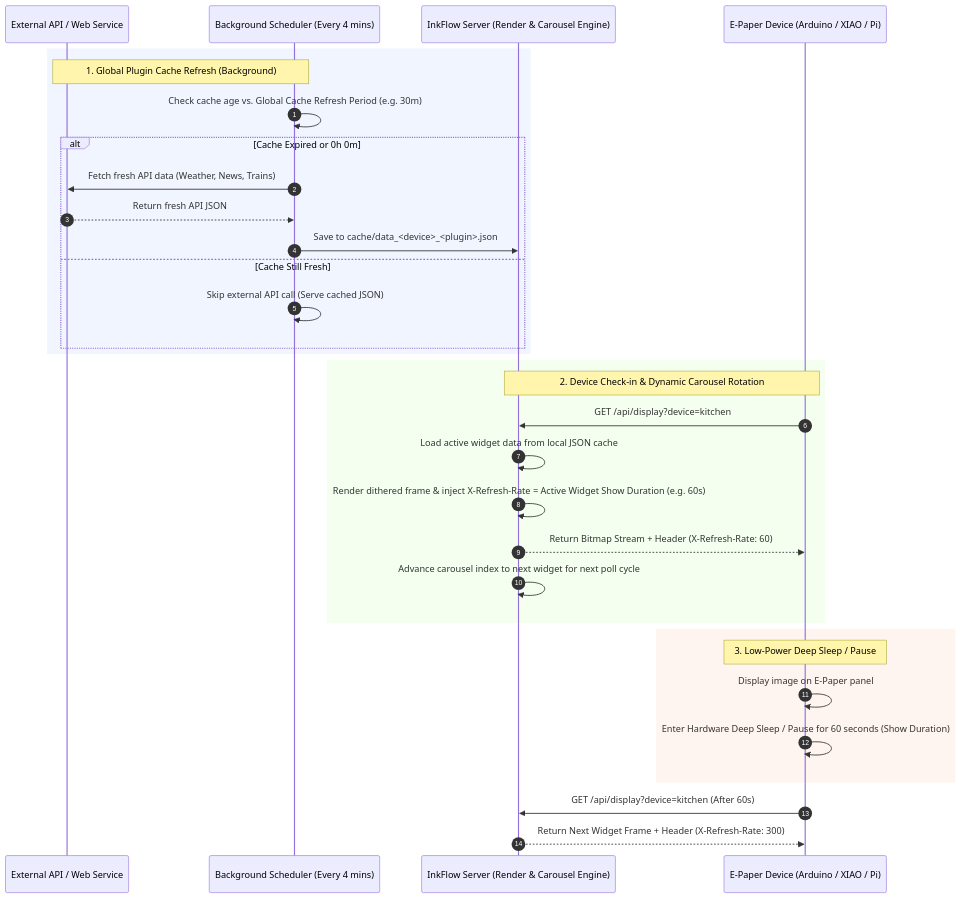
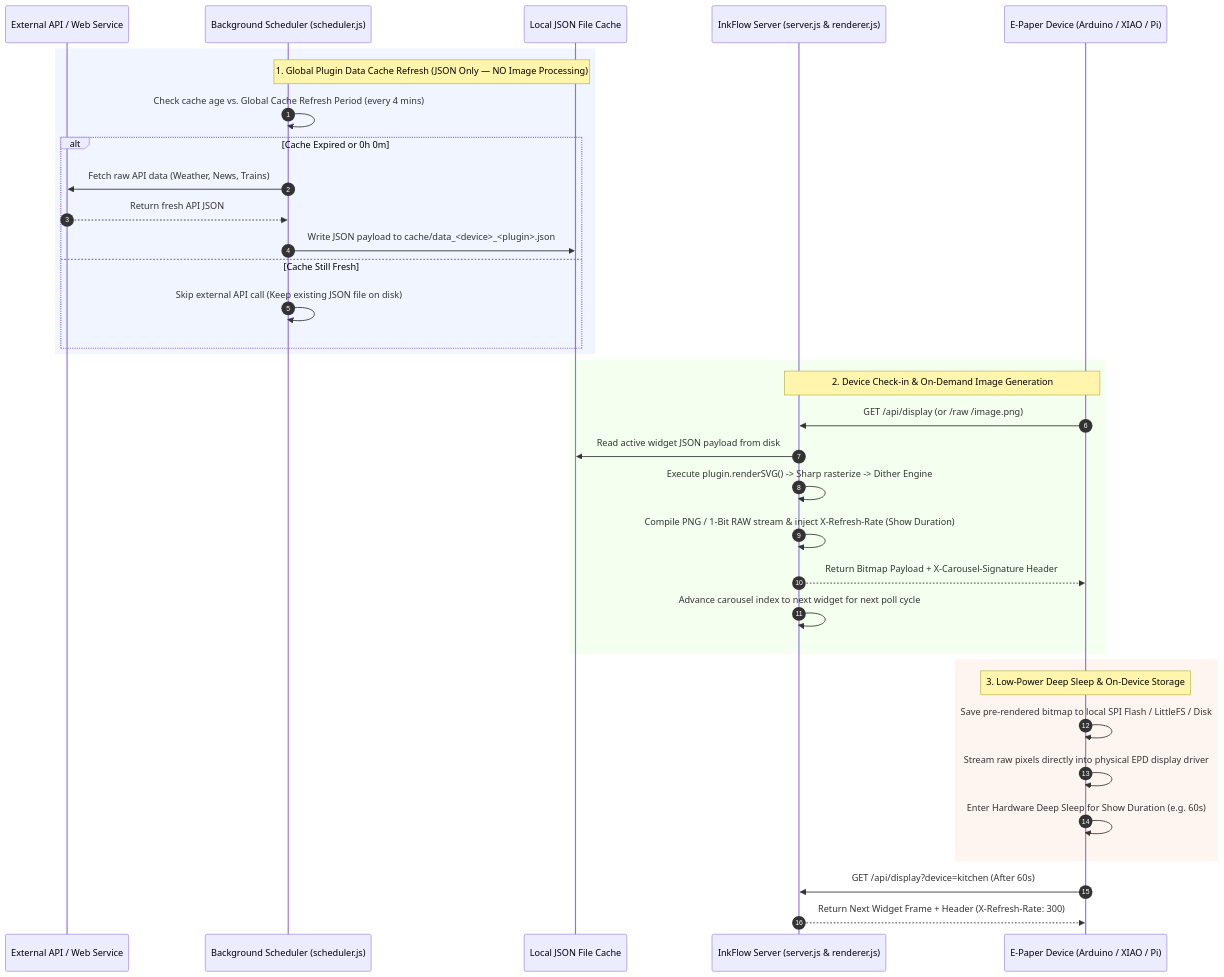
One commit to DerrickJEvans/inkflow-eink changed the second of 3 diagrams in README.md. Above: the diagram before and after it, drawn with Mermaid. The commit also changed other lines of this file, not shown here.

Commit message:
docs: clarify server vs client image rendering timing and cache lifecycle

````diff
--- a/README.md
+++ b/README.md
@@ -503,38 +505,41 @@
 ```mermaid
 sequenceDiagram
     autonumber
     participant App as External API / Web Service
-    participant Sched as Background Scheduler (Every 4 mins)
-    participant Server as InkFlow Server (Render & Carousel Engine)
+    participant Sched as Background Scheduler (scheduler.js)
+    participant Disk as Local JSON File Cache
+    participant Server as InkFlow Server (server.js & renderer.js)
     participant Client as E-Paper Device (Arduino / XIAO / Pi)
 
     rect rgb(240, 245, 255)
-        note over Sched,App: 1. Global Plugin Cache Refresh (Background)
-        Sched->>Sched: Check cache age vs. Global Cache Refresh Period (e.g. 30m)
+        note over Sched,Disk: 1. Global Plugin Data Cache Refresh (JSON Only — NO Image Processing)
+        Sched->>Sched: Check cache age vs. Global Cache Refresh Period (every 4 mins)
         alt Cache Expired or 0h 0m
-            Sched->>App: Fetch fresh API data (Weather, News, Trains)
+            Sched->>App: Fetch raw API data (Weather, News, Trains)
             App-->>Sched: Return fresh API JSON
-            Sched->>Server: Save to cache/data_<device>_<plugin>.json
+            Sched->>Disk: Write JSON payload to cache/data_<device>_<plugin>.json
         else Cache Still Fresh
-            Sched->>Sched: Skip external API call (Serve cached JSON)
+            Sched->>Sched: Skip external API call (Keep existing JSON file on disk)
         end
     end
 
     rect rgb(245, 255, 240)
-        note over Client,Server: 2. Device Check-in & Dynamic Carousel Rotation
-        Client->>Server: GET /api/display?device=kitchen
-        Server->>Server: Load active widget data from local JSON cache
-        Server->>Server: Render dithered frame & inject X-Refresh-Rate = Active Widget Show Duration (e.g. 60s)
-        Server-->>Client: Return Bitmap Stream + Header (X-Refresh-Rate: 60)
+        note over Client,Server: 2. Device Check-in & On-Demand Image Generation
+        Client->>Server: GET /api/display (or /raw /image.png)
+        Server->>Disk: Read active widget JSON payload from disk
+        Server->>Server: Execute plugin.renderSVG() -> Sharp rasterize -> Dither Engine
+        Server->>Server: Compile PNG / 1-Bit RAW stream & inject X-Refresh-Rate (Show Duration)
+        Server-->>Client: Return Bitmap Payload + X-Carousel-Signature Header
         Server->>Server: Advance carousel index to next widget for next poll cycle
     end
 
     rect rgb(255, 245, 240)
-        note over Client: 3. Low-Power Deep Sleep / Pause
-        Client->>Client: Display image on E-Paper panel
-        Client->>Client: Enter Hardware Deep Sleep / Pause for 60 seconds (Show Duration)
+        note over Client: 3. Low-Power Deep Sleep & On-Device Storage
+        Client->>Client: Save pre-rendered bitmap to local SPI Flash / LittleFS / Disk
+        Client->>Client: Stream raw pixels directly into physical EPD display driver
+        Client->>Client: Enter Hardware Deep Sleep for Show Duration (e.g. 60s)
     end
 
     Client->>Server: GET /api/display?device=kitchen (After 60s)
     Server-->>Client: Return Next Widget Frame + Header (X-Refresh-Rate: 300)
 ```
````
